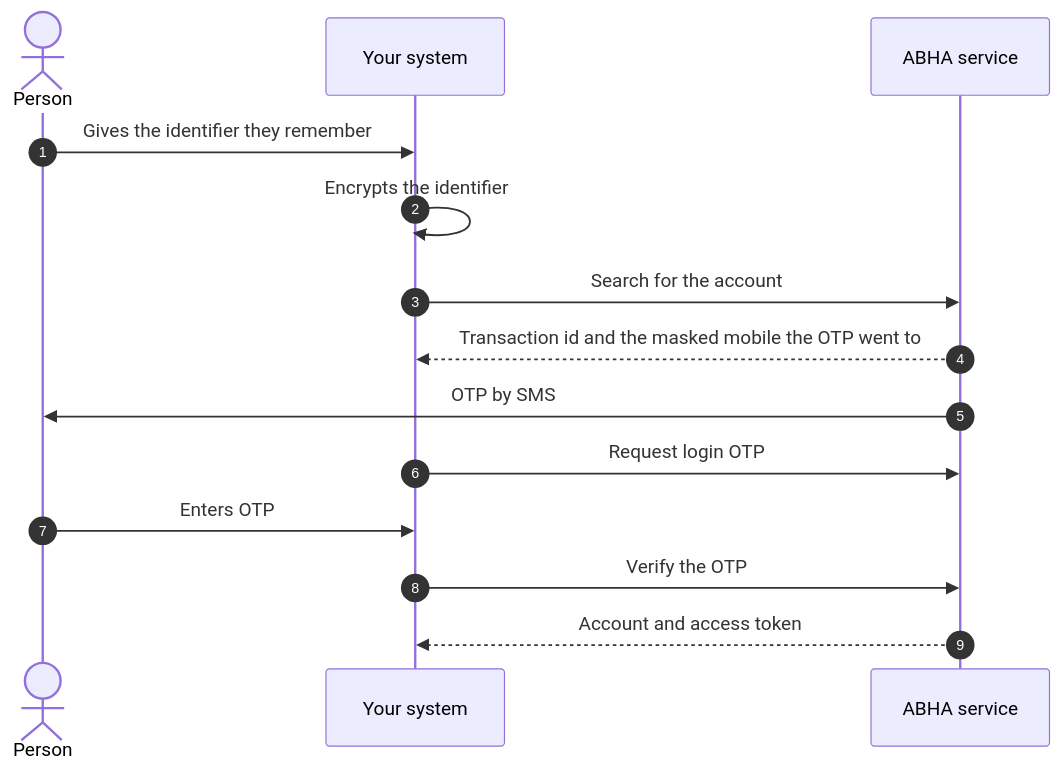
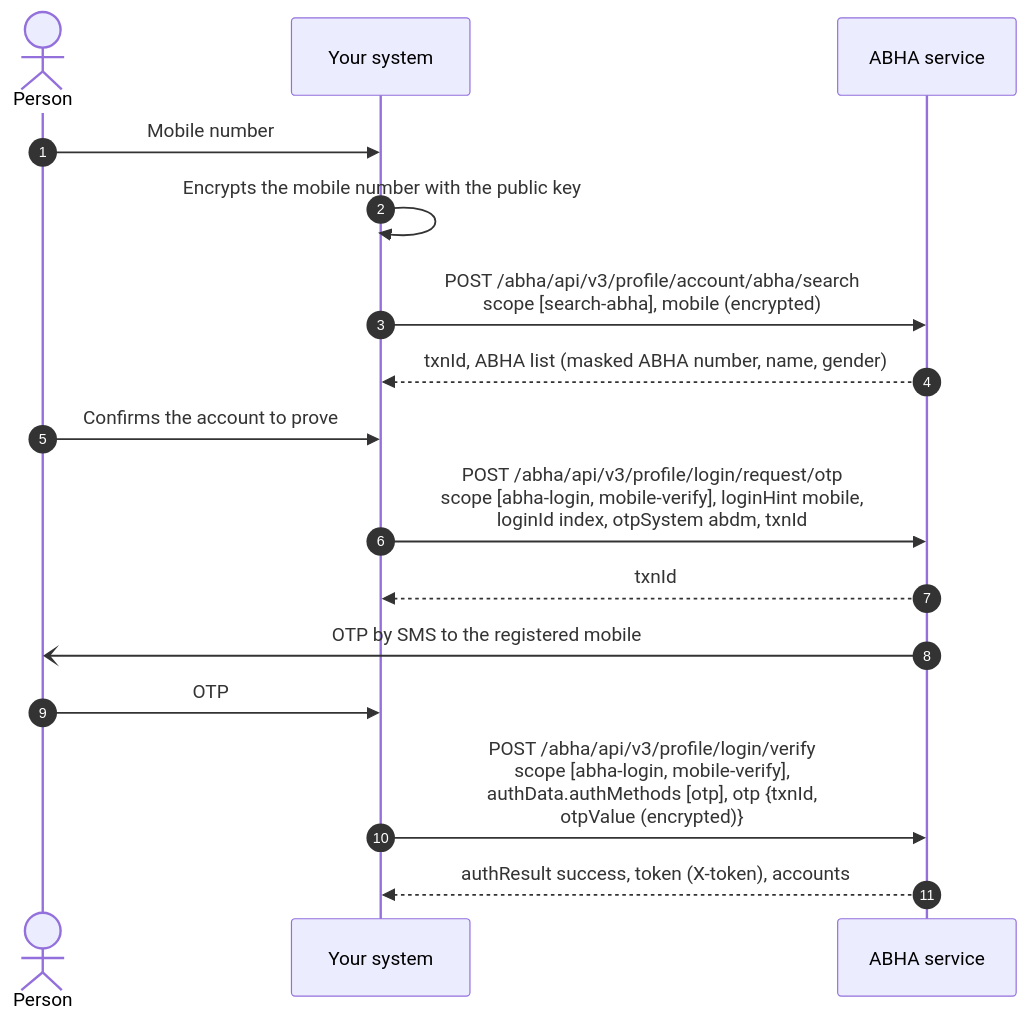
One commit to nha-in/docs changed the fifth of 6 diagrams in site/docs/hiecm/v3/milestones/m1.mdx. Above: the diagram before and after it, drawn with Mermaid. The commit also changed other lines of this file and 4 other files, not shown here.

````diff
--- a/site/docs/hiecm/v3/milestones/m1.mdx
+++ b/site/docs/hiecm/v3/milestones/m1.mdx
@@ -279,16 +290,18 @@
 ```mermaid
 sequenceDiagram
     autonumber
     actor P as Person
     participant S as Your system
     participant A as ABHA service
-    P->>S: Gives the identifier they remember
-    S->>S: Encrypts the identifier
-    S->>A: Search for the account
-    A-->>S: Transaction id and the masked mobile the OTP went to
-    A->>P: OTP by SMS
-    S->>A: Request login OTP
-    P->>S: Enters OTP
-    S->>A: Verify the OTP
-    A-->>S: Account and access token
+    P->>S: Mobile number
+    S->>S: Encrypts the mobile number with the public key
+    S->>A: POST /abha/api/v3/profile/account/abha/search<br/>scope [search-abha], mobile (encrypted)
+    A-->>S: txnId, ABHA list (masked ABHA number, name, gender)
+    P->>S: Confirms the account to prove
+    S->>A: POST /abha/api/v3/profile/login/request/otp<br/>scope [abha-login, mobile-verify], loginHint mobile,<br/>loginId index, otpSystem abdm, txnId
+    A-->>S: txnId
+    A-)P: OTP by SMS to the registered mobile
+    P->>S: OTP
+    S->>A: POST /abha/api/v3/profile/login/verify<br/>scope [abha-login, mobile-verify],<br/>authData.authMethods [otp], otp {txnId,<br/>otpValue (encrypted)}
+    A-->>S: authResult success, token (X-token), accounts
 ```
````
